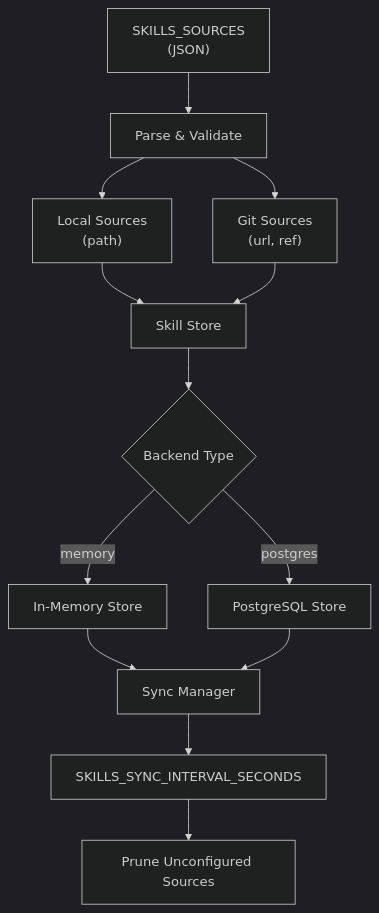
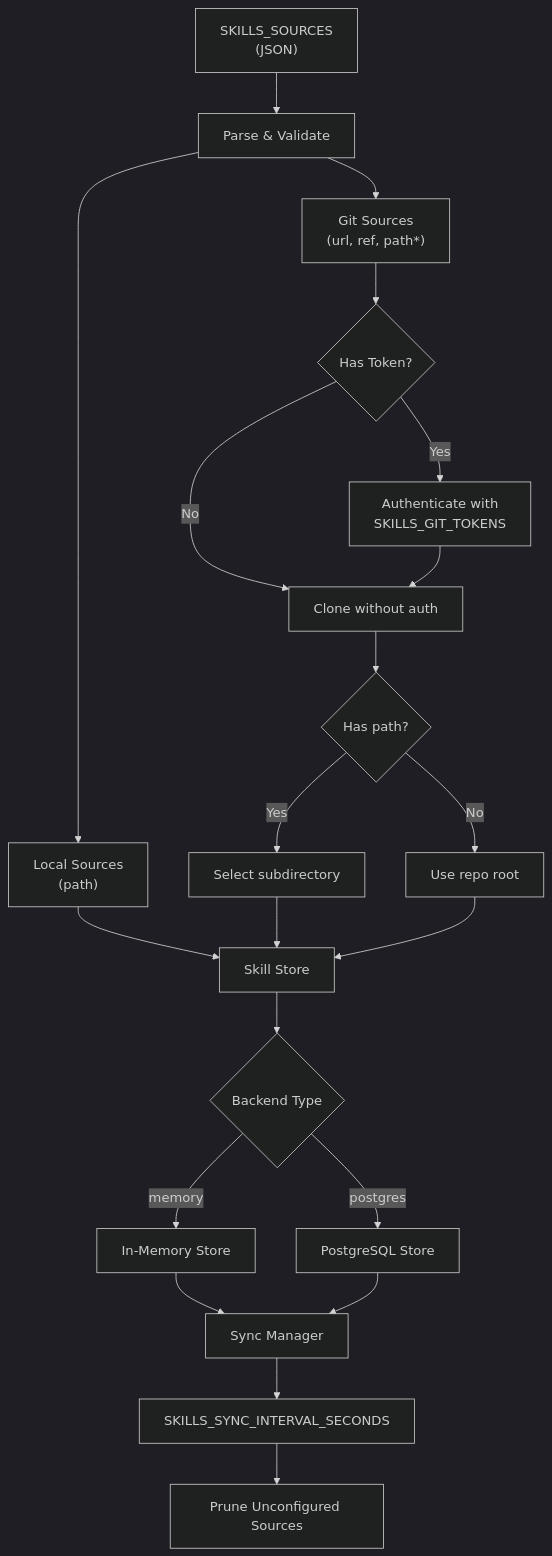
One commit to metasync/luban-aiops changed the sixth of 13 diagrams in .qoder/repowiki/en/content/Tool Gateway Service/Configuration and Environment Setup.md. Above: the diagram before and after it, drawn with Mermaid (dark theme). The commit also changed other lines of this file and 4 other files, not shown here.

Commit message:
docs: refresh repowiki knowledge cache for git-federated skill sources

````diff
--- a/.qoder/repowiki/en/content/Tool Gateway Service/Configuration and Environment Setup.md
+++ b/.qoder/repowiki/en/content/Tool Gateway Service/Configuration and Environment Setup.md
@@ -260,15 +280,23 @@
 ```mermaid
 flowchart TD
 Sources["SKILLS_SOURCES<br/>(JSON)"] --> Parse["Parse & Validate"]
 Parse --> Local["Local Sources<br/>(path)"]
-Parse --> Git["Git Sources<br/>(url, ref)"]
+Parse --> Git["Git Sources<br/>(url, ref, path*)"]
 Local --> Store["Skill Store"]
-Git --> Store
+Git --> TokenCheck{"Has Token?"}
+TokenCheck --> |Yes| Auth["Authenticate with<br/>SKILLS_GIT_TOKENS"]
+TokenCheck --> |No| Clone["Clone without auth"]
+Auth --> Clone
+Clone --> PathCheck{"Has path?"}
+PathCheck --> |Yes| Subdir["Select subdirectory"]
+PathCheck --> |No| Root["Use repo root"]
+Subdir --> Store
+Root --> Store
 Store --> Backend{"Backend Type"}
 Backend --> |memory| Memory["In-Memory Store"]
 Backend --> |postgres| Postgres["PostgreSQL Store"]
 Memory --> Sync["Sync Manager"]
 Postgres --> Sync
 Sync --> Interval["SKILLS_SYNC_INTERVAL_SECONDS"]
 Interval --> Prune["Prune Unconfigured Sources"]
 ```
````
